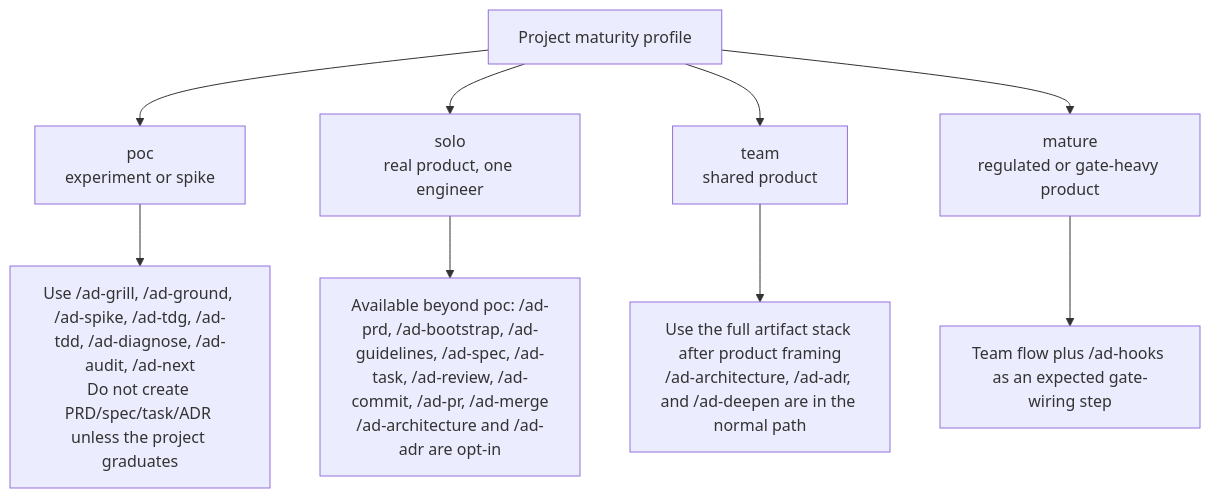
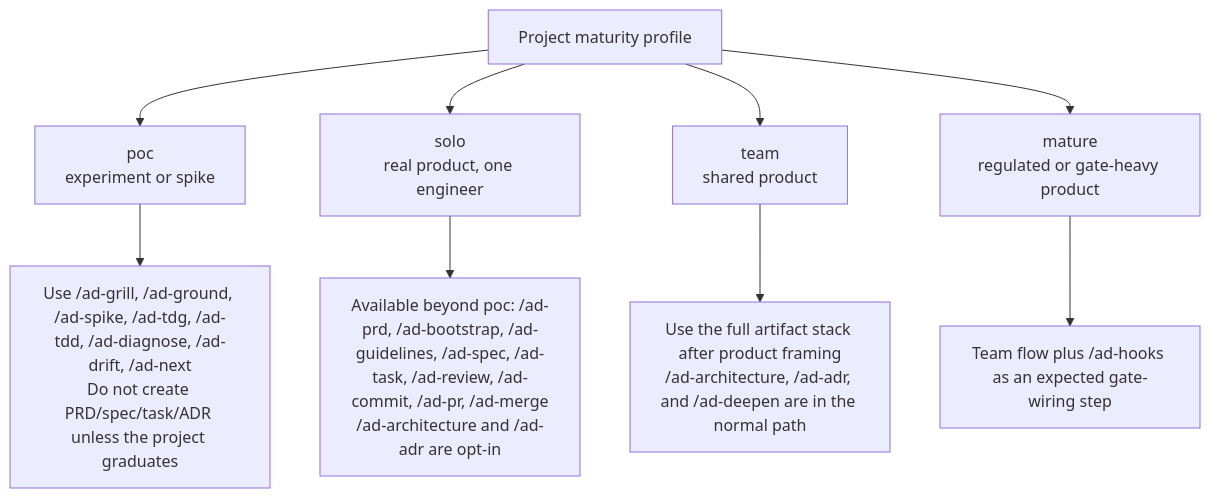
One commit to alexandremendoncaalvaro/agentic-development changed the second of 10 diagrams in WORKFLOW-FLOWS.md. Above: the diagram before and after it, drawn with Mermaid. The commit also changed other lines of this file and 69 other files, not shown here.

First line of the commit message:
refactor!: rename doc-drift skill ad-audit to ad-drift

````diff
--- a/WORKFLOW-FLOWS.md
+++ b/WORKFLOW-FLOWS.md
@@ -52,22 +52,22 @@
 ```mermaid
 flowchart TD
     Work["Project maturity profile"]
     Poc["poc<br>experiment or spike"]
     Solo["solo<br>real product, one engineer"]
     Team["team<br>shared product"]
     Mature["mature<br>regulated or gate-heavy product"]
 
-    PocFlow["Use /ad-grill, /ad-ground, /ad-spike, /ad-tdg, /ad-tdd, /ad-diagnose, /ad-audit, /ad-next<br>Do not create PRD/spec/task/ADR unless the project graduates"]
+    PocFlow["Use /ad-grill, /ad-ground, /ad-spike, /ad-tdg, /ad-tdd, /ad-diagnose, /ad-drift, /ad-next<br>Do not create PRD/spec/task/ADR unless the project graduates"]
     SoloFlow["Available beyond poc: /ad-prd, /ad-bootstrap, /ad-guidelines, /ad-spec, /ad-task, /ad-review, /ad-commit, /ad-pr, /ad-merge<br>/ad-architecture and /ad-adr are opt-in"]
     TeamFlow["Use the full artifact stack after product framing<br>/ad-architecture, /ad-adr, and /ad-deepen are in the normal path"]
     MatureFlow["Team flow plus /ad-hooks as an expected gate-wiring step"]
 
     Work --> Poc
     Work --> Solo
     Work --> Team
     Work --> Mature
     Poc --> PocFlow
     Solo --> SoloFlow
     Team --> TeamFlow
     Mature --> MatureFlow
 ```
````
